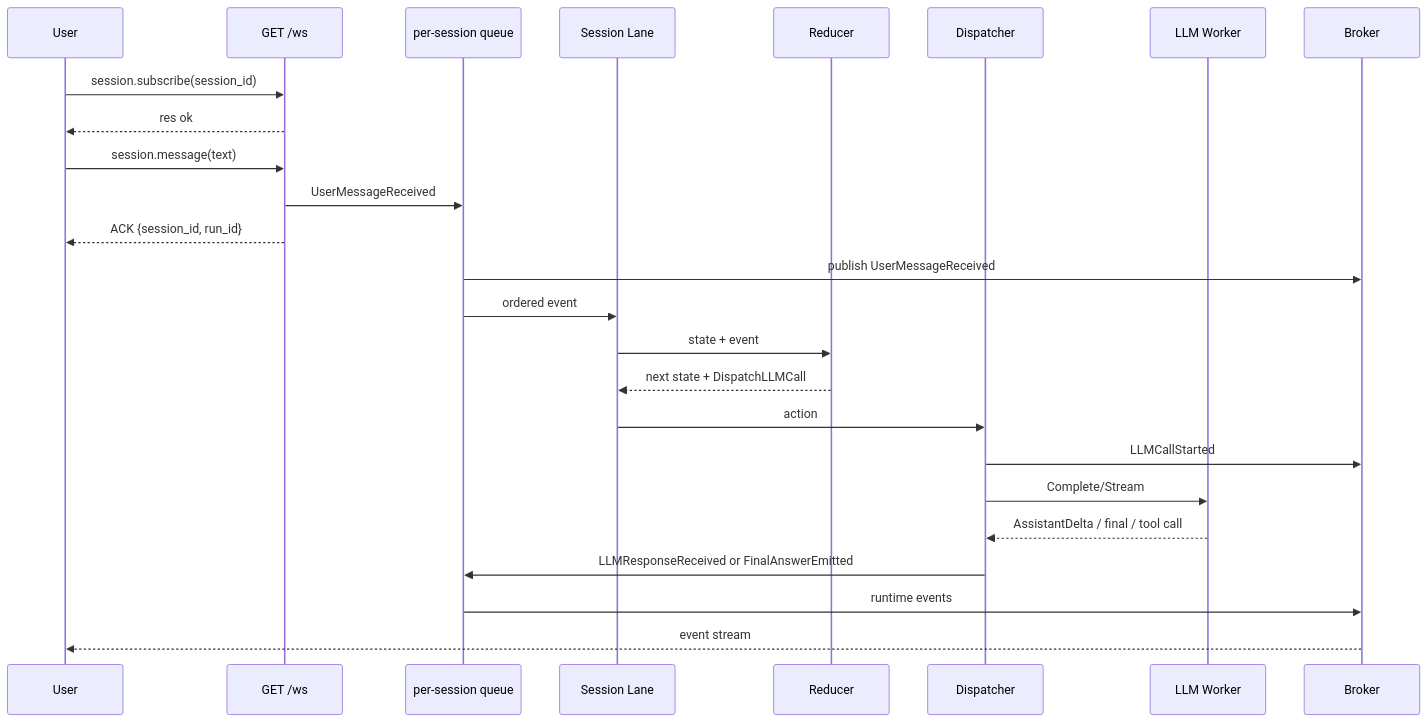
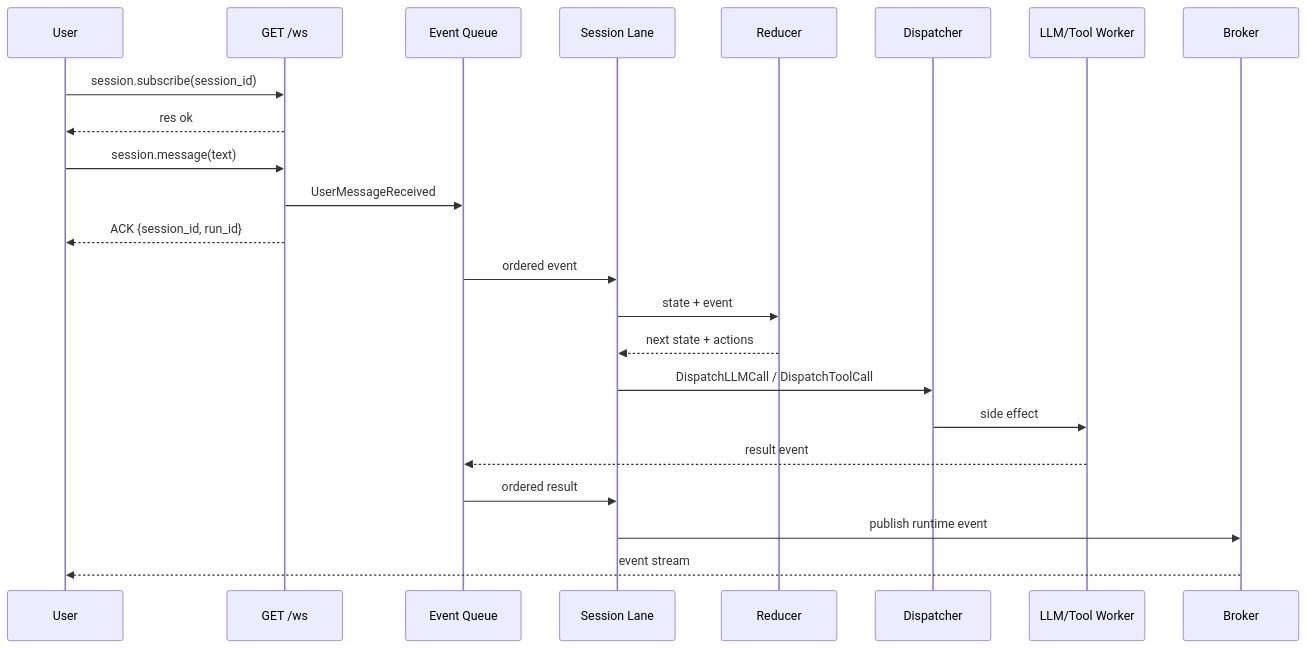
Before and after one commit to sangjinsu/orbis: the second of 2 diagrams in README.md, drawn with Mermaid. The commit also changed other lines of this file and 6 other files, not shown here.

````diff
--- a/README.md
+++ b/README.md
@@ -135,28 +74,26 @@
 ```mermaid
 sequenceDiagram
     participant User
     participant WS as GET /ws
-    participant Queue as per-session queue
+    participant Queue as Event Queue
     participant Lane as Session Lane
     participant Reducer
     participant Dispatcher
-    participant LLM as LLM Worker
+    participant Worker as LLM/Tool Worker
     participant Broker
 
     User->>WS: session.subscribe(session_id)
     WS-->>User: res ok
     User->>WS: session.message(text)
     WS->>Queue: UserMessageReceived
     WS-->>User: ACK {session_id, run_id}
-    Queue->>Broker: publish UserMessageReceived
     Queue->>Lane: ordered event
     Lane->>Reducer: state + event
-    Reducer-->>Lane: next state + DispatchLLMCall
-    Lane->>Dispatcher: action
-    Dispatcher->>Broker: LLMCallStarted
-    Dispatcher->>LLM: Complete/Stream
-    LLM-->>Dispatcher: AssistantDelta / final / tool call
-    Dispatcher->>Queue: LLMResponseReceived or FinalAnswerEmitted
-    Queue->>Broker: runtime events
+    Reducer-->>Lane: next state + actions
+    Lane->>Dispatcher: DispatchLLMCall / DispatchToolCall
+    Dispatcher->>Worker: side effect
+    Worker-->>Queue: result event
+    Queue->>Lane: ordered result
+    Lane->>Broker: publish runtime event
     Broker-->>User: event stream
 ```
````
